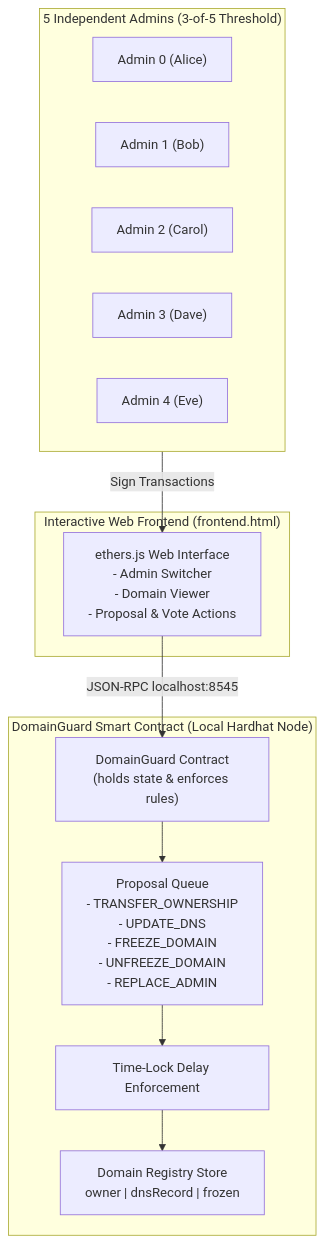
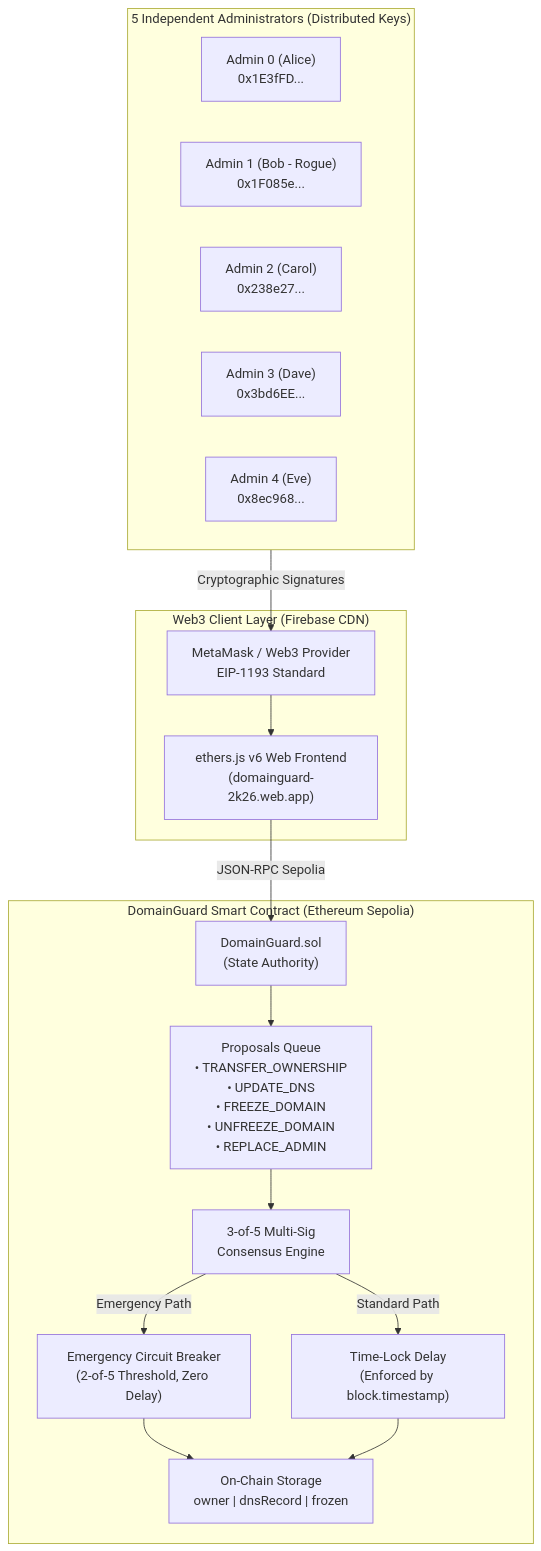
Before and after one commit to pratikpt1304/DomainGuard: the diagram in README.md, drawn with Mermaid. The commit also changed other lines of this file, not shown here.

````diff
--- a/README.md
+++ b/README.md
@@ -25,27 +48,34 @@
 ```mermaid
 flowchart TD
-    subgraph Admins["5 Independent Admins (3-of-5 Threshold)"]
-        A0["Admin 0 (Alice)"]
-        A1["Admin 1 (Bob)"]
-        A2["Admin 2 (Carol)"]
-        A3["Admin 3 (Dave)"]
-        A4["Admin 4 (Eve)"]
+    subgraph Admins["5 Independent Administrators (Distributed Keys)"]
+        A0["Admin 0 (Alice)<br/>0x1E3fFD..."]
+        A1["Admin 1 (Bob - Rogue)<br/>0x1F085e..."]
+        A2["Admin 2 (Carol)<br/>0x238e27..."]
+        A3["Admin 3 (Dave)<br/>0x3bd6EE..."]
+        A4["Admin 4 (Eve)<br/>0x8ec968..."]
     end
 
-    subgraph Frontend["Interactive Web Frontend (frontend.html)"]
-        UI["ethers.js Web Interface<br/>- Admin Switcher<br/>- Domain Viewer<br/>- Proposal & Vote Actions"]
+    subgraph Client["Web3 Client Layer (Firebase CDN)"]
+        UI["ethers.js v6 Web Frontend<br/>(domainguard-2k26.web.app)"]
+        MM["MetaMask / Web3 Provider<br/>EIP-1193 Standard"]
     end
 
-    subgraph Blockchain["DomainGuard Smart Contract (Local Hardhat Node)"]
-        Core["DomainGuard Contract<br/>(holds state & enforces rules)"]
-        Proposals["Proposal Queue<br/>- TRANSFER_OWNERSHIP<br/>- UPDATE_DNS<br/>- FREEZE_DOMAIN<br/>- UNFREEZE_DOMAIN<br/>- REPLACE_ADMIN"]
-        TimeLock["Time-Lock Delay Enforcement"]
-        DomainStore["Domain Registry Store<br/>owner | dnsRecord | frozen"]
+    subgraph Blockchain["DomainGuard Smart Contract (Ethereum Sepolia)"]
+        Core["DomainGuard.sol<br/>(State Authority)"]
+        Queue["Proposals Queue<br/>• TRANSFER_OWNERSHIP<br/>• UPDATE_DNS<br/>• FREEZE_DOMAIN<br/>• UNFREEZE_DOMAIN<br/>• REPLACE_ADMIN"]
+        Consensus["3-of-5 Multi-Sig<br/>Consensus Engine"]
+        Timelock["Time-Lock Delay<br/>(Enforced by block.timestamp)"]
+        Freeze["Emergency Circuit Breaker<br/>(2-of-5 Threshold, Zero Delay)"]
+        Storage["On-Chain Storage<br/>owner | dnsRecord | frozen"]
     end
 
-    Admins -->|Sign Transactions| UI
-    UI -->|JSON-RPC localhost:8545| Core
-    Core --> Proposals
-    Proposals --> TimeLock
-    TimeLock --> DomainStore
+    Admins -->|Cryptographic Signatures| MM
+    MM --> UI
+    UI -->|JSON-RPC Sepolia| Core
+    Core --> Queue
+    Queue --> Consensus
+    Consensus -->|Emergency Path| Freeze
+    Freeze --> Storage
+    Consensus -->|Standard Path| Timelock
+    Timelock --> Storage
 ```
````
